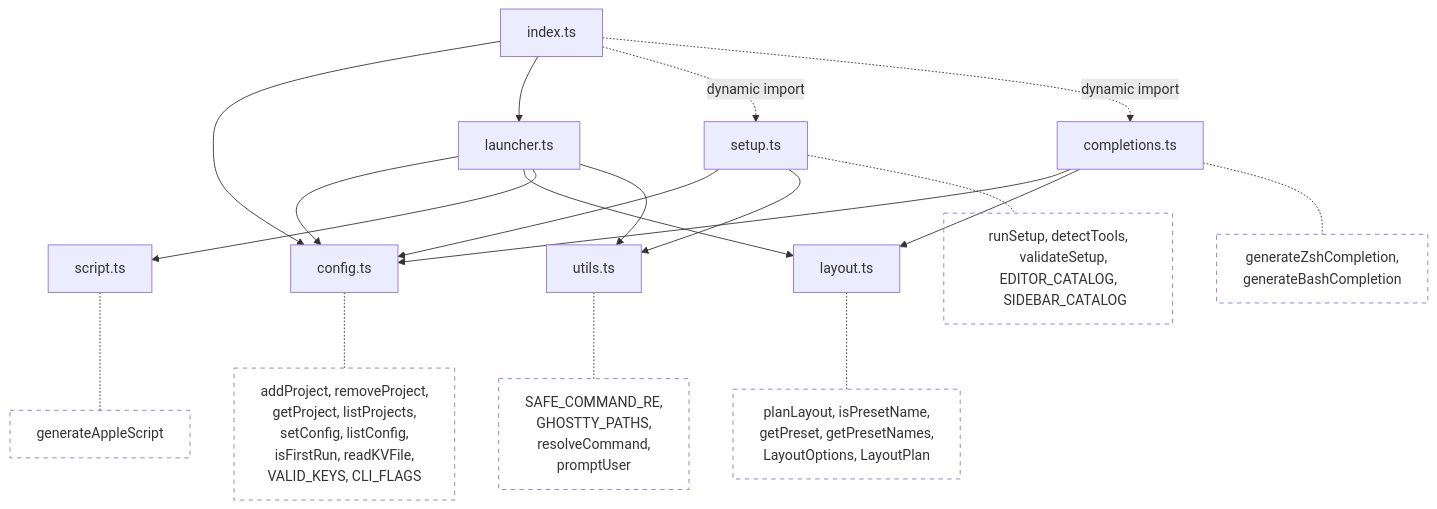
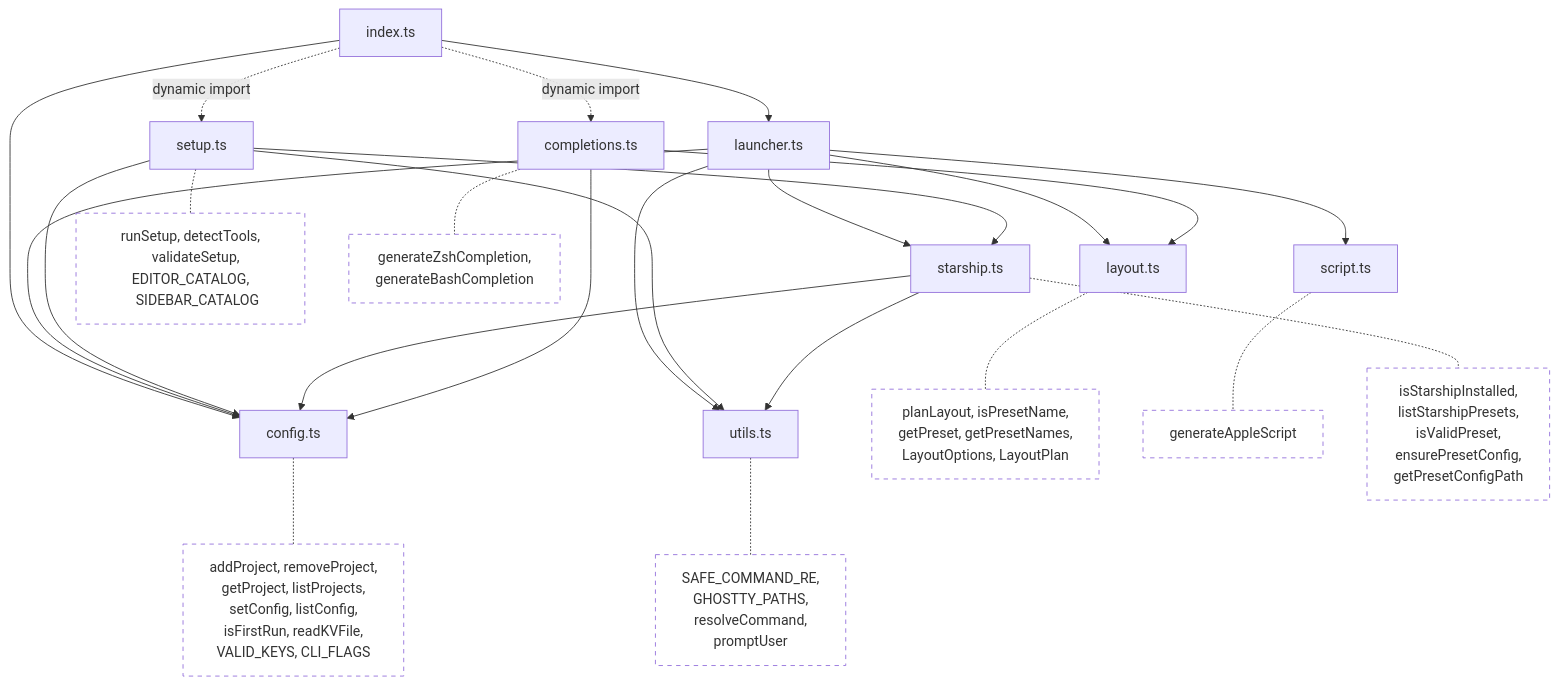
The first of 4 diagrams in docs/architecture.md (juan294/summon), drawn with Mermaid before and after one commit. The commit also changed other lines of this file and 4 other files, not shown here.

````diff
--- a/docs/architecture.md
+++ b/docs/architecture.md
@@ -23,41 +24,51 @@
 ```mermaid
 graph TD
     index[index.ts] --> config[config.ts]
     index --> launcher[launcher.ts]
     index -.->|dynamic import| setup[setup.ts]
     index -.->|dynamic import| completions[completions.ts]
     launcher --> config
     launcher --> layout[layout.ts]
     launcher --> script[script.ts]
     launcher --> utils[utils.ts]
+    launcher --> starship[starship.ts]
     setup --> config
     setup --> utils
+    setup --> starship
+    starship --> config
+    starship --> utils
     completions --> config
     completions --> layout
 
     config -.- cfg_fns["addProject, removeProject,
     getProject, listProjects,
     setConfig, listConfig,
     isFirstRun, readKVFile,
     VALID_KEYS, CLI_FLAGS"]
     layout -.- lay_fns["planLayout, isPresetName,
     getPreset, getPresetNames,
     LayoutOptions, LayoutPlan"]
     script -.- scr_fns["generateAppleScript"]
     utils -.- util_fns["SAFE_COMMAND_RE,
     GHOSTTY_PATHS,
     resolveCommand,
     promptUser"]
+    starship -.- star_fns["isStarshipInstalled,
+    listStarshipPresets,
+    isValidPreset,
+    ensurePresetConfig,
+    getPresetConfigPath"]
     setup -.- setup_fns["runSetup, detectTools,
     validateSetup, EDITOR_CATALOG,
     SIDEBAR_CATALOG"]
     completions -.- comp_fns["generateZshCompletion,
     generateBashCompletion"]
 
     style cfg_fns fill:none,stroke-dasharray:5
     style lay_fns fill:none,stroke-dasharray:5
     style scr_fns fill:none,stroke-dasharray:5
     style util_fns fill:none,stroke-dasharray:5
     style setup_fns fill:none,stroke-dasharray:5
+    style star_fns fill:none,stroke-dasharray:5
     style comp_fns fill:none,stroke-dasharray:5
 ```
````
